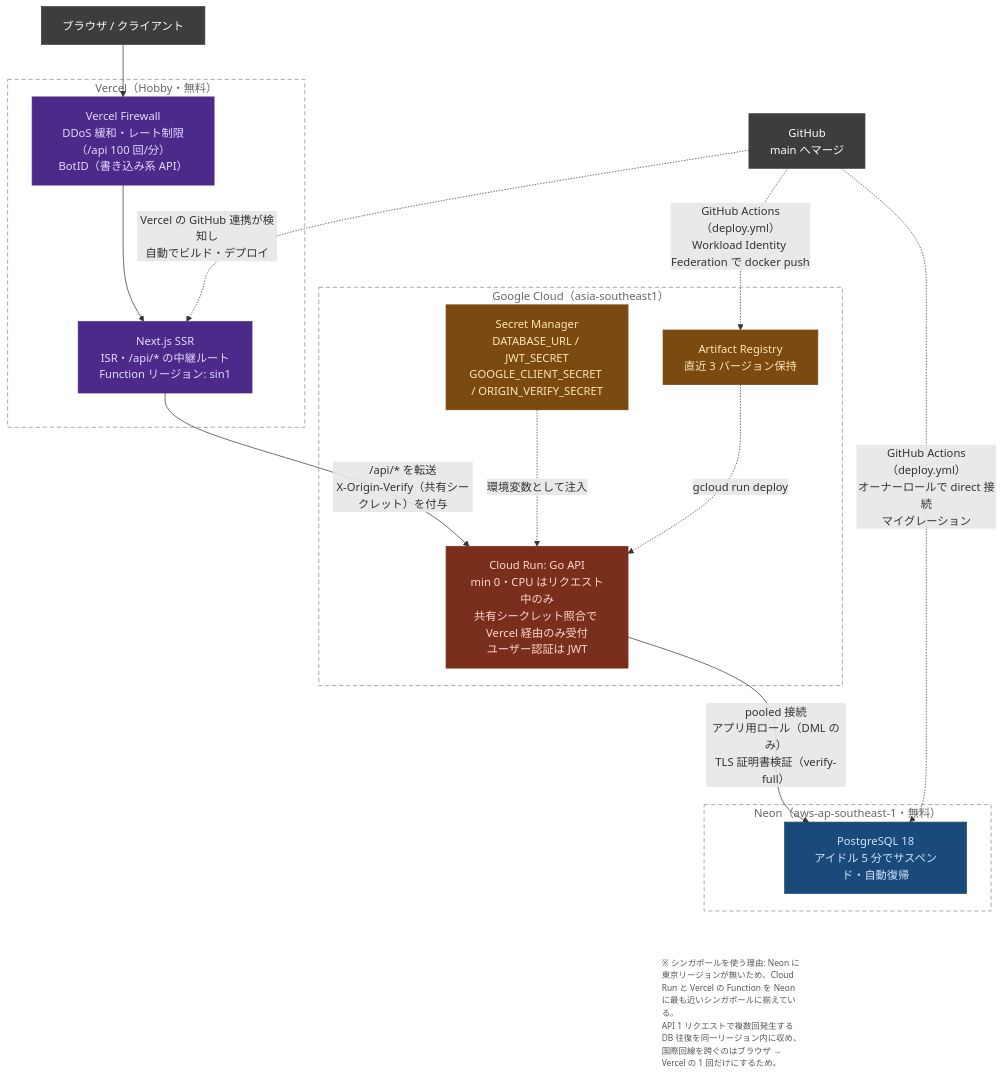
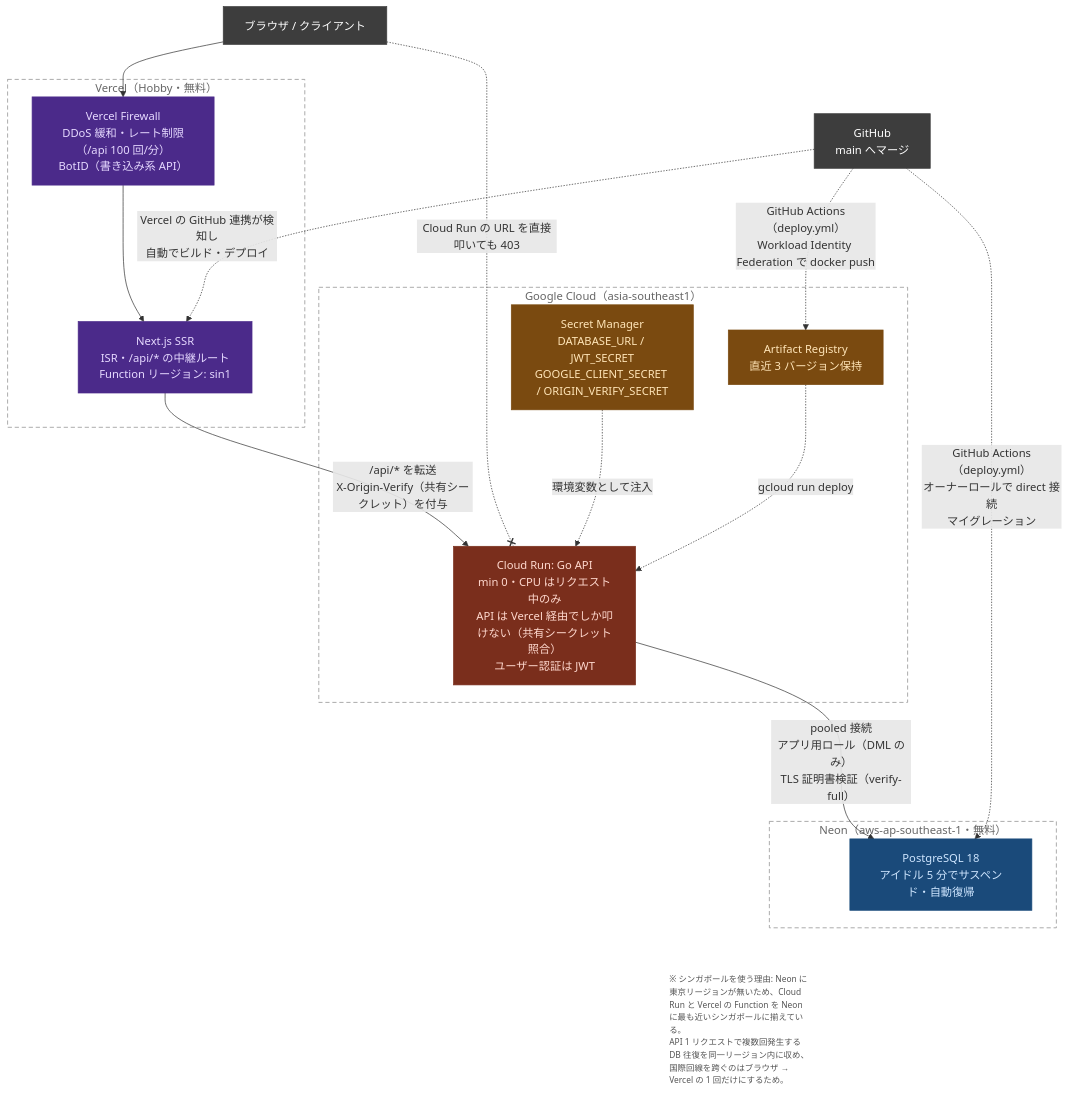
One commit to hiwa-tech-1223/VeganBite changed the diagram in docs/architecture.mmd. Above: the diagram before and after it, drawn with Mermaid. The commit also changed 1 other file, not shown here.

Commit message:
docs: 構成図に「API は Vercel 経由でしか叩けない」ことを明記
- Cloud Run の説明を「API は Vercel 経由でしか叩けない（共有シークレット照合）」に変更
- ブラウザから Cloud Run の URL への直接アクセスが 403 で止まる線を追加

```diff
--- a/docs/architecture.mmd
+++ b/docs/architecture.mmd
@@ -1,55 +1,56 @@
 %% インフラ構成図のソース。docs/architecture.png はこのファイルから生成する（手順は infra/README.md）
 flowchart TB
     Browser["ブラウザ / クライアント"]
     GH["GitHub<br/>main へマージ"]
 
     Browser --> FW
     FW --> Next
 
     subgraph VercelBox["Vercel（Hobby・無料）"]
         Next["Next.js SSR<br/>ISR・/api/* の中継ルート<br/>Function リージョン: sin1"]
         FW["Vercel Firewall<br/>DDoS 緩和・レート制限（/api 100 回/分）<br/>BotID（書き込み系 API）"]
     end
 
     Next -- "/api/* を転送<br/>X-Origin-Verify（共有シークレット）を付与" --> Run
+    Browser -. "Cloud Run の URL を直接叩いても 403" .-x Run
 
     subgraph GCPBox["Google Cloud（asia-southeast1）"]
-        Run["Cloud Run: Go API<br/>min 0・CPU はリクエスト中のみ<br/>共有シークレット照合で Vercel 経由のみ受付<br/>ユーザー認証は JWT"]
+        Run["Cloud Run: Go API<br/>min 0・CPU はリクエスト中のみ<br/>API は Vercel 経由でしか叩けない（共有シークレット照合）<br/>ユーザー認証は JWT"]
         SM["Secret Manager<br/>DATABASE_URL / JWT_SECRET<br/>GOOGLE_CLIENT_SECRET / ORIGIN_VERIFY_SECRET"]
         AR["Artifact Registry<br/>直近 3 バージョン保持"]
         SM -. "環境変数として注入" .-> Run
         AR -. "gcloud run deploy" .-> Run
     end
 
     Run -- "pooled 接続<br/>アプリ用ロール（DML のみ）<br/>TLS 証明書検証（verify-full）" --> PG
 
     subgraph NeonBox["Neon（aws-ap-southeast-1・無料）"]
         PG["PostgreSQL 18<br/>アイドル 5 分でサスペンド・自動復帰"]
     end
 
     GH -. "Vercel の GitHub 連携が検知し<br/>自動でビルド・デプロイ" .-> Next
     GH -. "GitHub Actions（deploy.yml）<br/>Workload Identity Federation で docker push" .-> AR
     GH -. "GitHub Actions（deploy.yml）<br/>オーナーロールで direct 接続<br/>マイグレーション" .-> PG
 
     %% 注釈（枠なし・小さめ）。PG の下に配置するため不可視リンクで繋ぐ
     Note["※ シンガポールを使う理由: Neon に東京リージョンが無いため、Cloud Run と Vercel の Function を Neon に最も近いシンガポールに揃えている。<br/>API 1 リクエストで複数回発生する DB 往復を同一リージョン内に収め、国際回線を跨ぐのはブラウザ → Vercel の 1 回だけにするため。"]
     Run ~~~ Note
     PG ~~~ Note
 
     classDef client fill:#3d3d3d,stroke:#3d3d3d,color:#fff
     classDef vercel fill:#4b2a8a,stroke:#4b2a8a,color:#e6d9ff
     classDef run fill:#7a2e1c,stroke:#7a2e1c,color:#ffd9cf
     classDef gcp fill:#7a4a10,stroke:#7a4a10,color:#ffe5b8
     classDef neon fill:#1a4a7a,stroke:#1a4a7a,color:#cfe6ff
 
     class Browser,GH client
     class Next,FW vercel
     class Run run
     class SM,AR gcp
     class PG neon
     classDef note fill:none,stroke:none,color:#555,font-size:12px,text-align:left
     class Note note
 
     style VercelBox fill:none,stroke:#888,stroke-dasharray:6 4,color:#666
     style GCPBox fill:none,stroke:#888,stroke-dasharray:6 4,color:#666
     style NeonBox fill:none,stroke:#888,stroke-dasharray:6 4,color:#666
```
